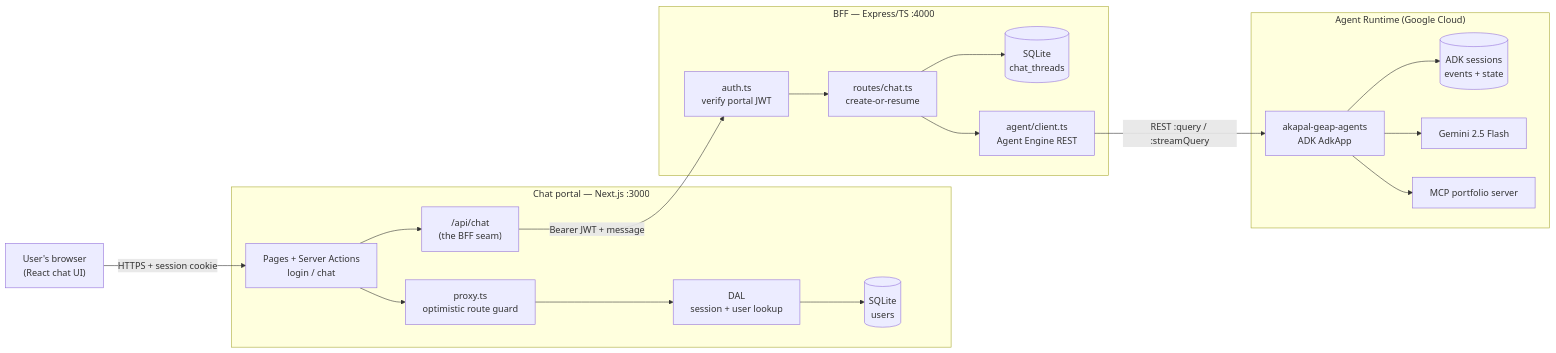
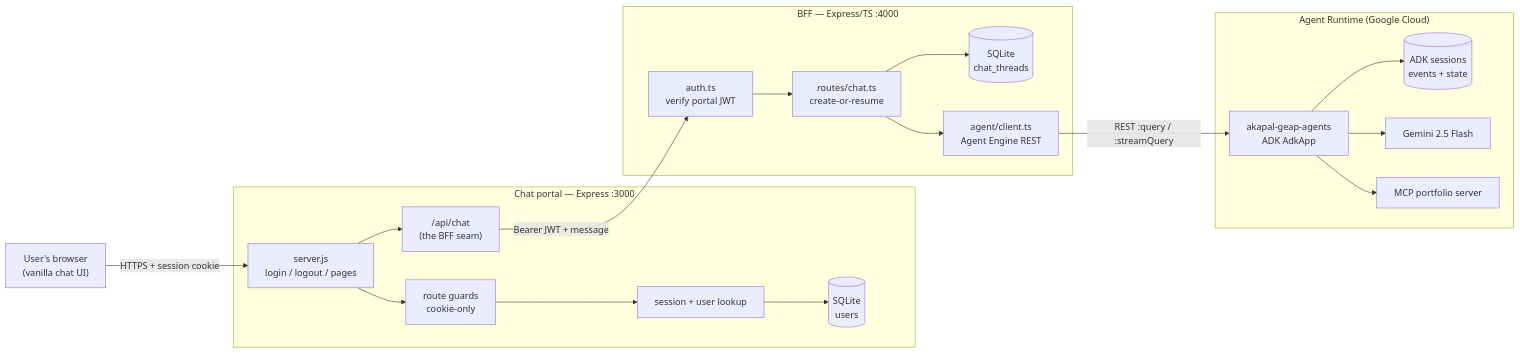
The first of 9 diagrams in ARCHITECTURE.md (akashh94/akapal-geap-chat-portal), drawn with Mermaid before and after one commit. The commit also changed other lines of this file and 7 other files, not shown here.

First line of the commit message:
Update docs for the Express portal

````diff
--- a/ARCHITECTURE.md
+++ b/ARCHITECTURE.md
@@ -52,39 +53,39 @@
 ```mermaid
 flowchart LR
-  U["User's browser<br/>(React chat UI)"]
+  U["User's browser<br/>(vanilla chat UI)"]
 
-  subgraph Portal["Chat portal — Next.js :3000"]
-    P_UI["Pages + Server Actions<br/>login / chat"]
-    P_PROXY["proxy.ts<br/>optimistic route guard"]
-    P_DAL["DAL<br/>session + user lookup"]
+  subgraph Portal["Chat portal — Express :3000"]
+    P_UI["server.js<br/>login / logout / pages"]
+    P_PROXY["route guards<br/>cookie-only"]
+    P_DAL["session + user lookup"]
     P_API["/api/chat<br/>(the BFF seam)"]
     P_DB[("SQLite<br/>users")]
   end
 
   subgraph BFFSvc["BFF — Express/TS :4000"]
     B_AUTH["auth.ts<br/>verify portal JWT"]
     B_ROUTE["routes/chat.ts<br/>create-or-resume"]
     B_STORE[("SQLite<br/>chat_threads")]
     B_AGENT["agent/client.ts<br/>Agent Engine REST"]
   end
 
   subgraph Runtime["Agent Runtime (Google Cloud)"]
     AE["akapal-geap-agents<br/>ADK AdkApp"]
     SS[("ADK sessions<br/>events + state")]
     MODEL["Gemini 2.5 Flash"]
     MCP["MCP portfolio server"]
     AE --> SS
     AE --> MODEL
     AE --> MCP
   end
 
   U -->|HTTPS + session cookie| P_UI
   P_UI --> P_PROXY --> P_DAL
   P_DAL --> P_DB
   P_UI --> P_API
   P_API -->|"Bearer JWT + message"| B_AUTH
   B_AUTH --> B_ROUTE
   B_ROUTE --> B_STORE
   B_ROUTE --> B_AGENT
   B_AGENT -->|"REST :query / :streamQuery"| AE
 ```
````
